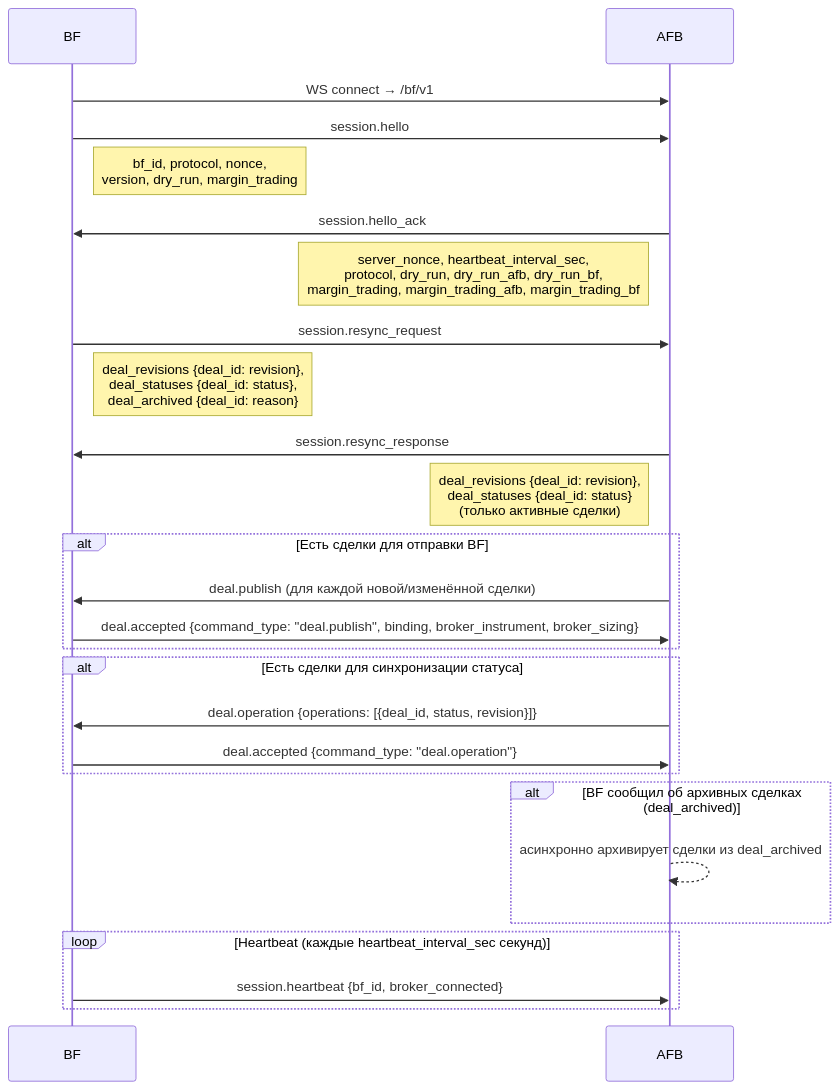
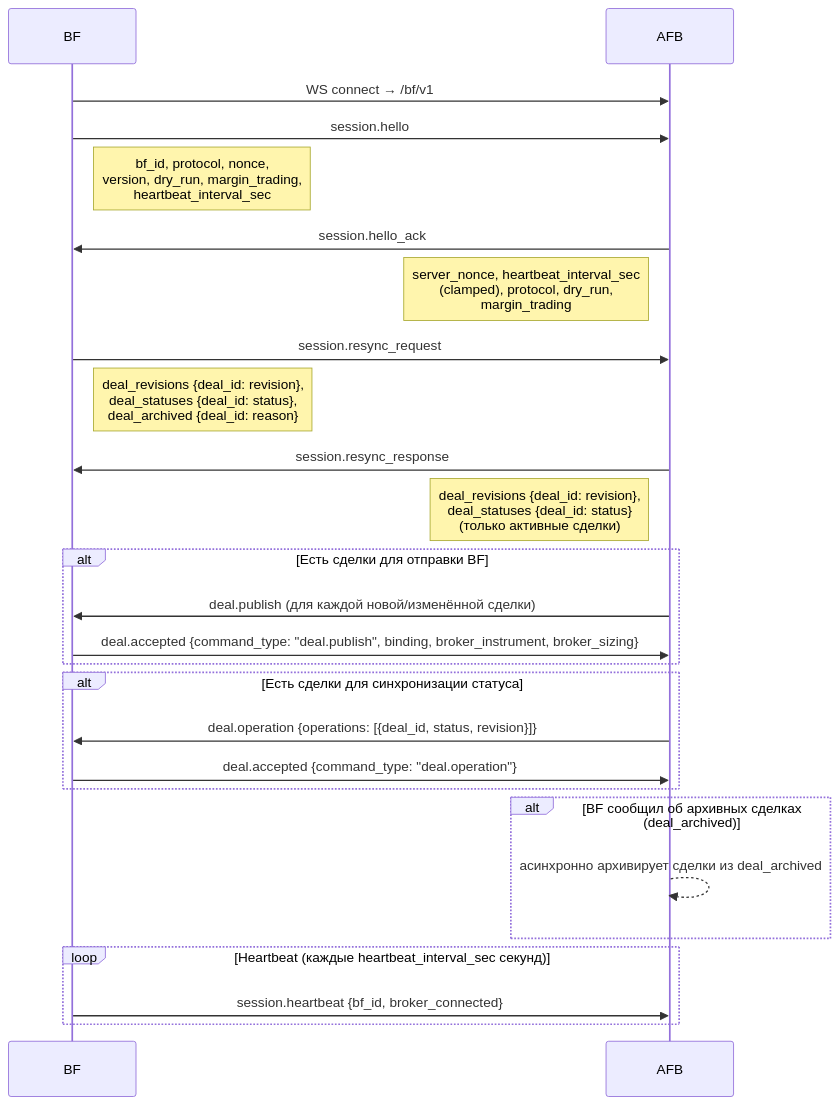
One commit to Rolo837/AFB-BF-protocol changed the first of 3 diagrams in docs/PROTOCOL.md. Above: the diagram before and after it, drawn with Mermaid. The commit also changed other lines of this file and 18 other files, not shown here.

Commit message:
release: v2.3.1 — heartbeat negotiation in hello/hello_ack; deprecate dry_run/margin split fields

````diff
--- a/docs/PROTOCOL.md
+++ b/docs/PROTOCOL.md
@@ -15,36 +15,36 @@
 ```mermaid
 sequenceDiagram
     participant BF
     participant AFB
 
     BF->>AFB: WS connect → /bf/v1
     BF->>AFB: session.hello
-    note right of BF: bf_id, protocol, nonce,<br/>version, dry_run, margin_trading
+    note right of BF: bf_id, protocol, nonce,<br/>version, dry_run, margin_trading,<br/>heartbeat_interval_sec
 
     AFB->>BF: session.hello_ack
-    note left of AFB: server_nonce, heartbeat_interval_sec,<br/>protocol, dry_run, dry_run_afb, dry_run_bf,<br/>margin_trading, margin_trading_afb, margin_trading_bf
+    note left of AFB: server_nonce, heartbeat_interval_sec<br/>(clamped), protocol, dry_run,<br/>margin_trading
 
     BF->>AFB: session.resync_request
     note right of BF: deal_revisions {deal_id: revision},<br/>deal_statuses {deal_id: status},<br/>deal_archived {deal_id: reason}
 
     AFB->>BF: session.resync_response
     note left of AFB: deal_revisions {deal_id: revision},<br/>deal_statuses {deal_id: status}<br/>(только активные сделки)
 
     alt Есть сделки для отправки BF
         AFB->>BF: deal.publish  (для каждой новой/изменённой сделки)
         BF->>AFB: deal.accepted {command_type: "deal.publish", binding, broker_instrument, broker_sizing}
     end
 
     alt Есть сделки для синхронизации статуса
         AFB->>BF: deal.operation {operations: [{deal_id, status, revision}]}
         BF->>AFB: deal.accepted {command_type: "deal.operation"}
     end
 
     alt BF сообщил об архивных сделках (deal_archived)
         AFB-->>AFB: асинхронно архивирует сделки из deal_archived
     end
 
     loop Heartbeat (каждые heartbeat_interval_sec секунд)
         BF->>AFB: session.heartbeat {bf_id, broker_connected}
     end
 ```
````
